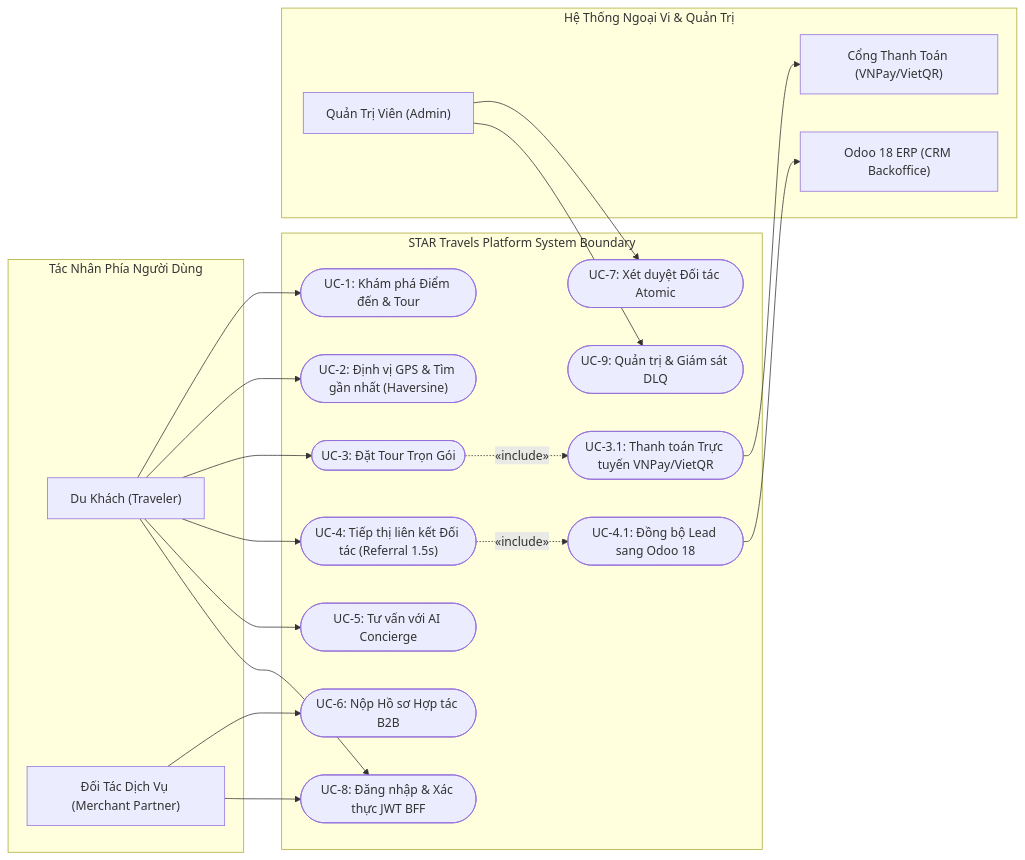
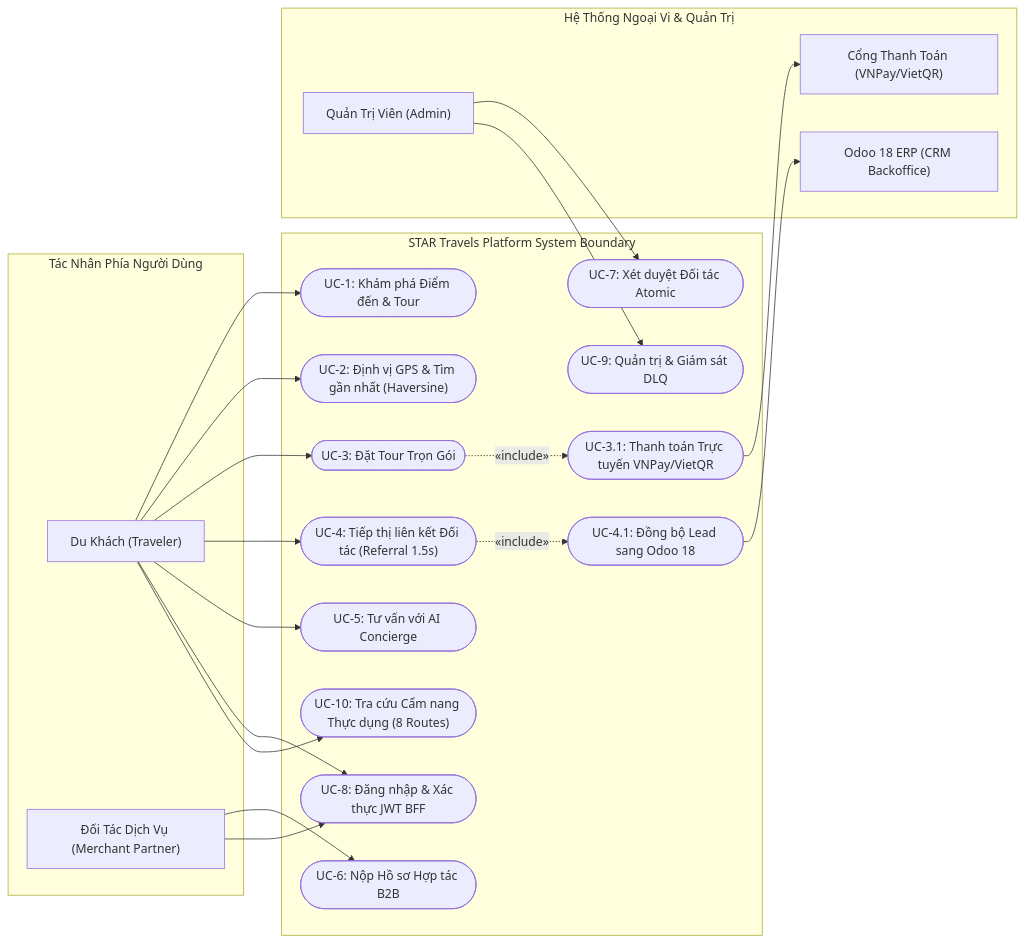
One commit to STAR-Trevaling/Website-Traveling changed the first of 9 diagrams in docs/uml-diagrams.md. Above: the diagram before and after it, drawn with Mermaid. The commit also changed other lines of this file and 8 other files, not shown here.

````diff
--- a/docs/uml-diagrams.md
+++ b/docs/uml-diagrams.md
@@ -22,42 +22,44 @@
 ```mermaid
 flowchart LR
     subgraph ACTORS_LEFT [Tác Nhân Phía Người Dùng]
         Traveler["Du Khách (Traveler)"]
         Partner["Đối Tác Dịch Vụ (Merchant Partner)"]
     end
 
     subgraph SYSTEM_BOUNDARY [STAR Travels Platform System Boundary]
         UC1(["UC-1: Khám phá Điểm đến & Tour"])
         UC2(["UC-2: Định vị GPS & Tìm gần nhất (Haversine)"])
         UC3(["UC-3: Đặt Tour Trọn Gói"])
         UC3A(["UC-3.1: Thanh toán Trực tuyến VNPay/VietQR"])
         UC4(["UC-4: Tiếp thị liên kết Đối tác (Referral 1.5s)"])
         UC4A(["UC-4.1: Đồng bộ Lead sang Odoo 18"])
         UC5(["UC-5: Tư vấn với AI Concierge"])
         UC6(["UC-6: Nộp Hồ sơ Hợp tác B2B"])
         UC7(["UC-7: Xét duyệt Đối tác Atomic"])
         UC8(["UC-8: Đăng nhập & Xác thực JWT BFF"])
         UC9(["UC-9: Quản trị & Giám sát DLQ"])
+        UC10(["UC-10: Tra cứu Cẩm nang Thực dụng (8 Routes)"])
     end
 
     subgraph ACTORS_RIGHT [Hệ Thống Ngoại Vi & Quản Trị]
         Admin["Quản Trị Viên (Admin)"]
         PaymentGW["Cổng Thanh Toán (VNPay/VietQR)"]
         OdooERP["Odoo 18 ERP (CRM Backoffice)"]
     end
 
     Traveler --> UC1
     Traveler --> UC2
     Traveler --> UC3
     UC3 -.->|«include»| UC3A
     UC3A --> PaymentGW
     Traveler --> UC4
     UC4 -.->|«include»| UC4A
     UC4A --> OdooERP
     Traveler --> UC5
     Traveler --> UC8
+    Traveler --> UC10
     Partner --> UC6
     Partner --> UC8
     Admin --> UC7
     Admin --> UC9
 ```
````
